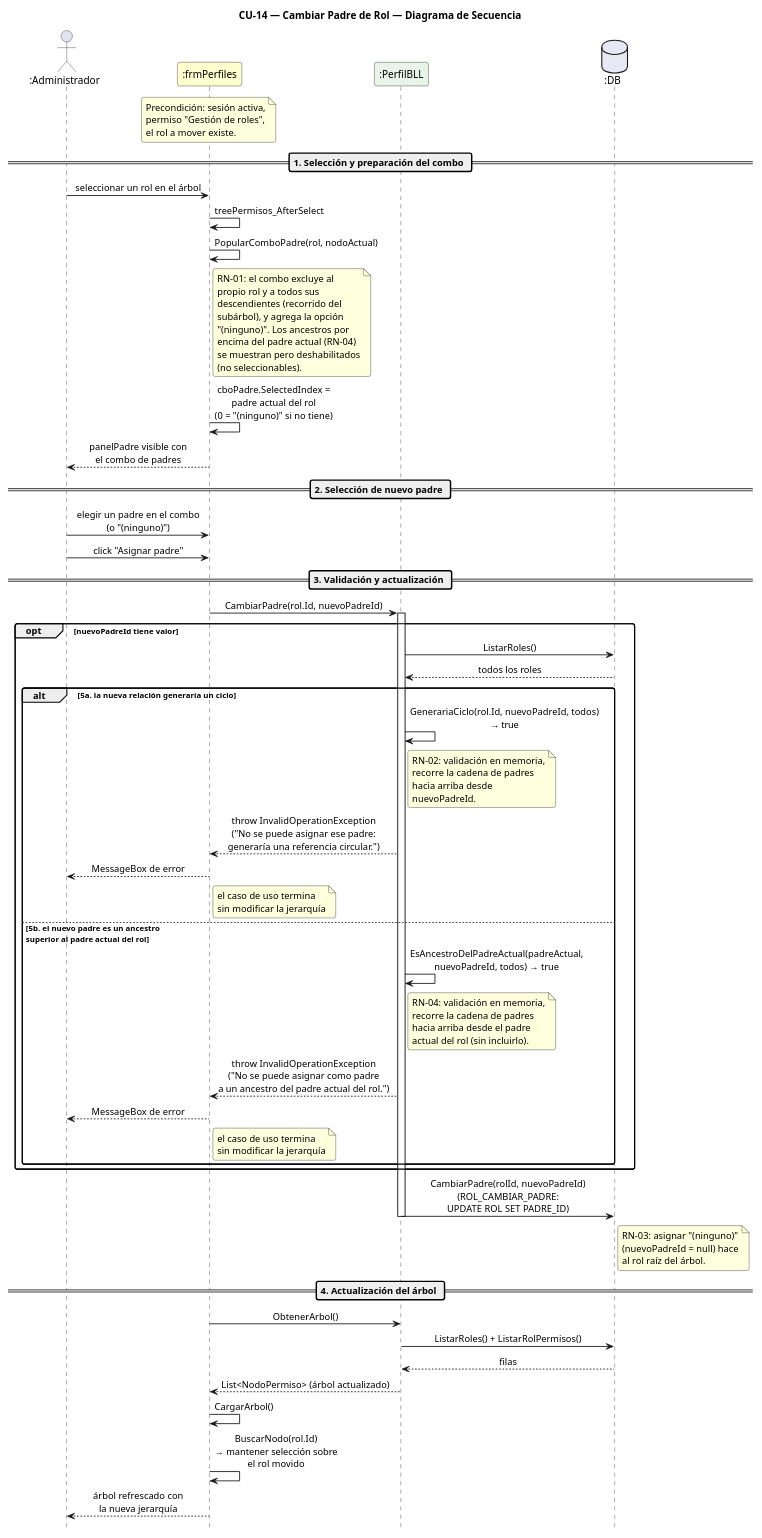
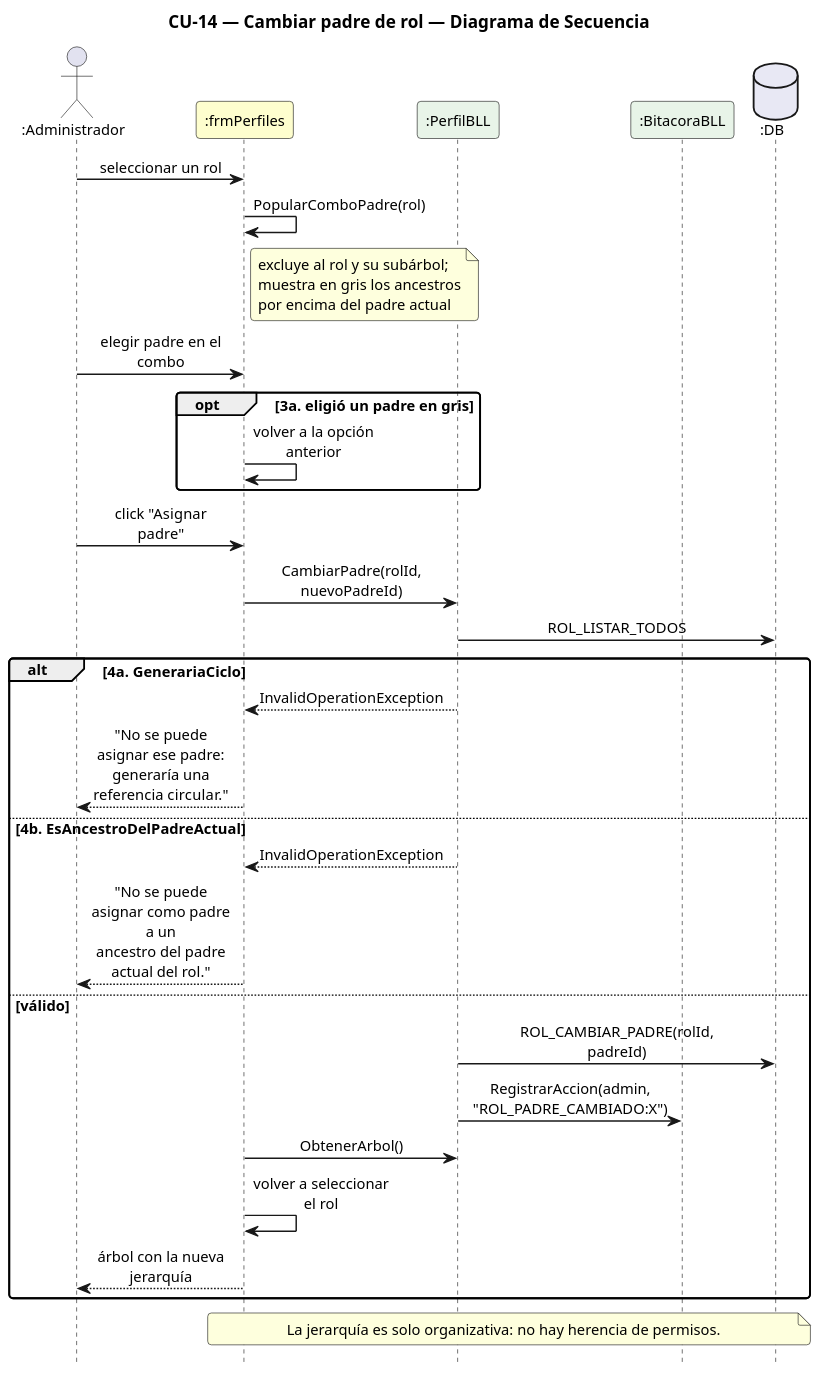
Before and after one commit to Urrels/ingenieria_software: the diagram in DIAGRAMAS/DiagramaSecuencia_CU14_CambiarPadreRol.puml, drawn with PlantUML. The commit also changed 82 other files, not shown here.

First line of the commit message:
Casos de uso y diagramas de secuencia actualizados (CU-01 a CU-37)

```diff
--- a/DIAGRAMAS/DiagramaSecuencia_CU14_CambiarPadreRol.puml
+++ b/DIAGRAMAS/DiagramaSecuencia_CU14_CambiarPadreRol.puml
@@ -1,114 +1,51 @@
 @startuml DiagramaSecuencia_CU14_CambiarPadreRol
 
-title CU-14 — Cambiar Padre de Rol — Diagrama de Secuencia
+title CU-14 — Cambiar padre de rol — Diagrama de Secuencia
 
 skinparam shadowing false
 skinparam roundcorner 6
 skinparam sequenceArrowThickness 1.2
-skinparam ParticipantPadding 14
+skinparam ParticipantPadding 6
+skinparam BoxPadding 4
+skinparam maxMessageSize 115
 skinparam sequenceMessageAlign center
+skinparam defaultFontSize 12
+skinparam dpi 140
 hide footbox
-scale 0.85
 
-' ─────────────────────────────────────────
-' Participantes en orden de aparición
-' ─────────────────────────────────────────
-actor       ":Administrador"  as A
-participant ":frmPerfiles"    as FP #FEFECE
-participant ":PerfilBLL"      as PB #E8F4E8
-database    ":DB"             as DB #E8E8F4
+actor ":Administrador" as A
+participant ":frmPerfiles" as F #FEFECE
+participant ":PerfilBLL" as PB #E8F4E8
+participant ":BitacoraBLL" as BB #E8F4E8
+database ":DB" as DB #E8E8F4
 
-note over FP
-  Precondición: sesión activa,
-  permiso "Gestión de roles",
-  el rol a mover existe.
+A -> F : seleccionar un rol
+F -> F : PopularComboPadre(rol)
+note right of F
+  excluye al rol y su subárbol;
+  muestra en gris los ancestros
+  por encima del padre actual
 end note
-
-' ─────────────────────────────────────────
-' SELECCIÓN Y PREPARACIÓN DEL COMBO
-' ─────────────────────────────────────────
-== 1. Selección y preparación del combo ==
-
-A -> FP : seleccionar un rol en el árbol
-FP -> FP : treePermisos_AfterSelect
-FP -> FP : PopularComboPadre(rol, nodoActual)
-note right of FP
-  RN-01: el combo excluye al
-  propio rol y a todos sus
-  descendientes (recorrido del
-  subárbol), y agrega la opción
-  "(ninguno)". Los ancestros por
-  encima del padre actual (RN-04)
-  se muestran pero deshabilitados
-  (no seleccionables).
-end note
-FP -> FP : cboPadre.SelectedIndex =\npadre actual del rol\n(0 = "(ninguno)" si no tiene)
-FP --> A : panelPadre visible con\nel combo de padres
-
-' ─────────────────────────────────────────
-' SELECCIÓN DE NUEVO PADRE
-' ─────────────────────────────────────────
-== 2. Selección de nuevo padre ==
-
-A -> FP : elegir un padre en el combo\n(o "(ninguno)")
-A -> FP : click "Asignar padre"
-
-' ─────────────────────────────────────────
-' VALIDACIÓN Y ACTUALIZACIÓN
-' ─────────────────────────────────────────
-== 3. Validación y actualización ==
-
-FP -> PB : CambiarPadre(rol.Id, nuevoPadreId)
-activate PB
-
-opt nuevoPadreId tiene valor
-  PB -> DB : ListarRoles()
-  DB --> PB : todos los roles
-
-  alt 5a. la nueva relación generaría un ciclo
-    PB -> PB : GenerariaCiclo(rol.Id, nuevoPadreId, todos)\n→ true
-    note right of PB
-      RN-02: validación en memoria,
-      recorre la cadena de padres
-      hacia arriba desde
-      nuevoPadreId.
-    end note
-    PB --> FP : throw InvalidOperationException\n("No se puede asignar ese padre:\ngeneraría una referencia circular.")
-    FP --> A : MessageBox de error
-    note right of FP : el caso de uso termina\nsin modificar la jerarquía
-  else 5b. el nuevo padre es un ancestro\nsuperior al padre actual del rol
-    PB -> PB : EsAncestroDelPadreActual(padreActual,\nnuevoPadreId, todos) → true
-    note right of PB
-      RN-04: validación en memoria,
-      recorre la cadena de padres
-      hacia arriba desde el padre
-      actual del rol (sin incluirlo).
-    end note
-    PB --> FP : throw InvalidOperationException\n("No se puede asignar como padre\na un ancestro del padre actual del rol.")
-    FP --> A : MessageBox de error
-    note right of FP : el caso de uso termina\nsin modificar la jerarquía
-  end
+A -> F : elegir padre en el combo
+opt 3a. eligió un padre en gris
+  F -> F : volver a la opción anterior
 end
-
-PB -> DB : CambiarPadre(rolId, nuevoPadreId)\n(ROL_CAMBIAR_PADRE:\nUPDATE ROL SET PADRE_ID)
-note right of DB
-  RN-03: asignar "(ninguno)"
-  (nuevoPadreId = null) hace
-  al rol raíz del árbol.
-end note
-deactivate PB
-
-' ─────────────────────────────────────────
-' ACTUALIZACIÓN DEL ÁRBOL
-' ─────────────────────────────────────────
-== 4. Actualización del árbol ==
-
-FP -> PB : ObtenerArbol()
-PB -> DB : ListarRoles() + ListarRolPermisos()
-DB --> PB : filas
-PB --> FP : List<NodoPermiso> (árbol actualizado)
-FP -> FP : CargarArbol()
-FP -> FP : BuscarNodo(rol.Id)\n→ mantener selección sobre\nel rol movido
-FP --> A : árbol refrescado con\nla nueva jerarquía
+A -> F : click "Asignar padre"
+F -> PB : CambiarPadre(rolId, nuevoPadreId)
+PB -> DB : ROL_LISTAR_TODOS
+alt 4a. GenerariaCiclo
+  PB --> F : InvalidOperationException
+  F --> A : "No se puede asignar ese padre:\ngeneraría una referencia circular."
+else 4b. EsAncestroDelPadreActual
+  PB --> F : InvalidOperationException
+  F --> A : "No se puede asignar como padre a un\nancestro del padre actual del rol."
+else válido
+  PB -> DB : ROL_CAMBIAR_PADRE(rolId, padreId)
+  PB -> BB : RegistrarAccion(admin, "ROL_PADRE_CAMBIADO:X")
+  F -> PB : ObtenerArbol()
+  F -> F : volver a seleccionar el rol
+  F --> A : árbol con la nueva jerarquía
+end
+note over F, DB : La jerarquía es solo organizativa: no hay herencia de permisos.
 
 @enduml
```
